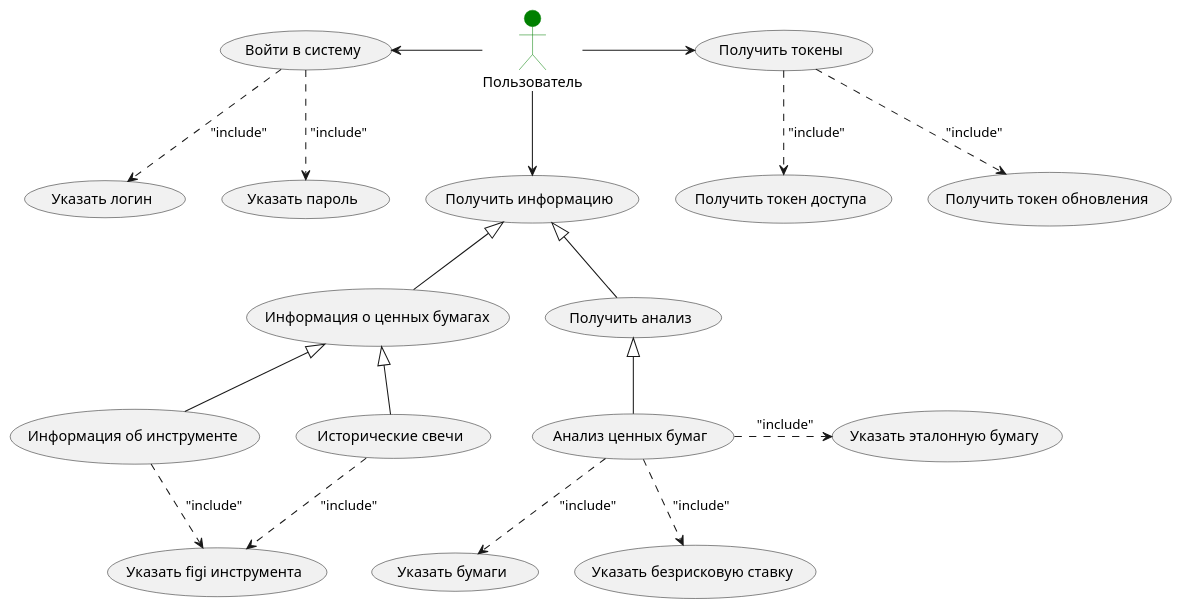
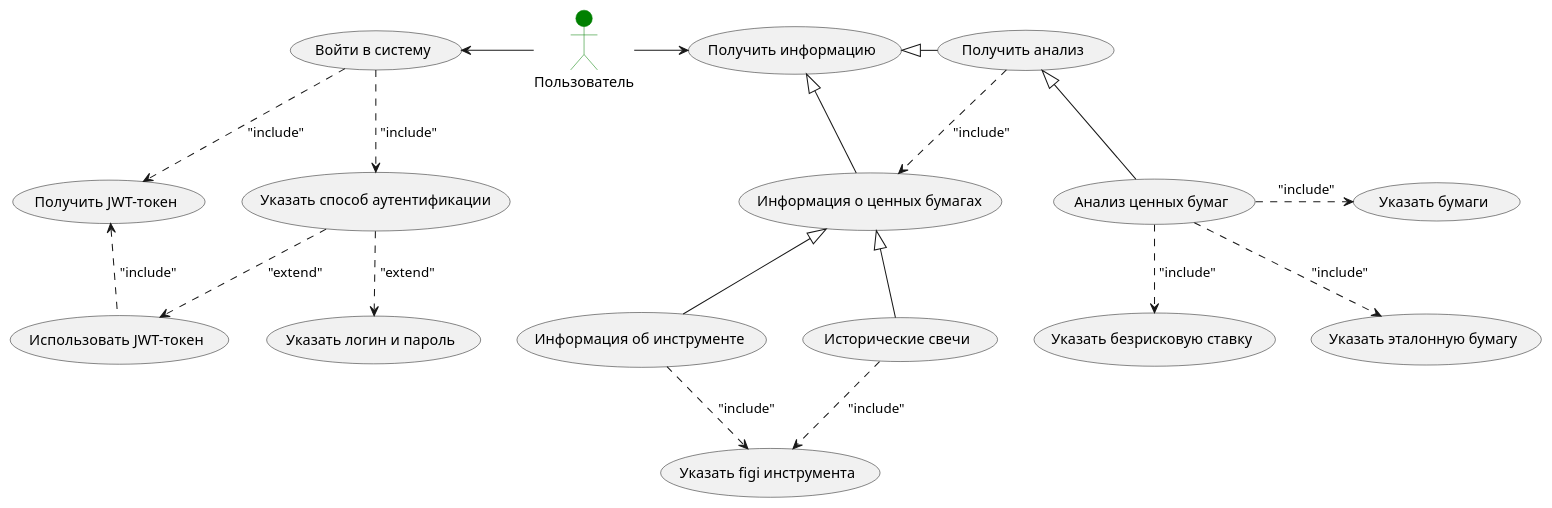
One commit to Dimes01/TradeAnalyser changed the diagram in API/Main.puml. Above: the diagram before and after it, drawn with PlantUML. The commit also changed 13 other files, not shown here.

```diff
--- a/API/Main.puml
+++ b/API/Main.puml
@@ -1,60 +1,61 @@
 @startuml
 'https://plantuml.com/use-case-diagram
 
 'left to right direction
 
 actor :Пользователь: as user #green;line:green
 
 
 usecase (Войти в систему) as enterToSystem
-usecase (Получить токены) as getTokens
 usecase (Получить информацию) as getInfo
 
-usecase (Указать логин) as setLogin
-usecase (Указать пароль) as setPassword
-usecase (Получить токен доступа) as getAccessToken
-usecase (Получить токен обновления) as getRefreshToken
+usecase (Получить JWT-токен) as getJWT
+usecase (Указать способ аутентификации) as setAuthType
 usecase (Информация о ценных бумагах) as getInfoSecurities
 usecase (Получить анализ) as getAnalyse
 
+usecase (Указать логин и пароль) as setLoginPassword
+usecase (Использовать JWT-токен) as useJWT
 usecase (Информация об инструменте) as getInfoInstrument
 usecase (Исторические свечи) as getHistoricCandle
 usecase (Анализ ценных бумаг) as analyseSecurities
 'usecase (Информация о фьючерсах) as getInfoFutures
 'usecase (Информация об опционах) as getInfoOptions
 
 usecase (Указать figi инструмента) as setFigi
 usecase (Указать бумаги) as setSecurity
 usecase (Указать безрисковую ставку) as setRiskFree
 usecase (Указать эталонную бумагу) as setBenchmark
 
 
 user -left-> enterToSystem
-user -right-> getTokens
-user -down-> getInfo
+user -right-> getInfo
 
-enterToSystem .down.> setLogin: " "include""
-enterToSystem .down.> setPassword: " "include""
+enterToSystem .down.> getJWT: " "include""
+enterToSystem .down.> setAuthType: " "include""
 
-getTokens .down.> getAccessToken: " "include""
-getTokens .down.> getRefreshToken: " "include""
+setAuthType .down.> setLoginPassword: " "extend""
+setAuthType .down.> useJWT: " "extend""
+
+useJWT .up.> getJWT: " "include""
 
 getInfo <|-down- getInfoSecurities
-getInfo <|-down- getAnalyse
+getInfo <|-right- getAnalyse
 'getInfo <|-down- getInfoFutures
 'getInfo <|-down- getInfoOptions
 
 getInfoSecurities <|-down- getInfoInstrument
 getInfoSecurities <|-down- getHistoricCandle
 
 getHistoricCandle .down.> setFigi: " "include""
 
 getInfoInstrument .down.> setFigi: " "include""
 
 getAnalyse <|-- analyseSecurities
+getAnalyse .down.> getInfoSecurities: " "include""
 
-analyseSecurities .down.> setSecurity: " "include""
+analyseSecurities .right.> setSecurity: " "include""
 analyseSecurities .down.> setRiskFree: " "include""
-analyseSecurities .right.> setBenchmark: " "include""
+analyseSecurities .down.> setBenchmark: " "include""
 
 @enduml
```
